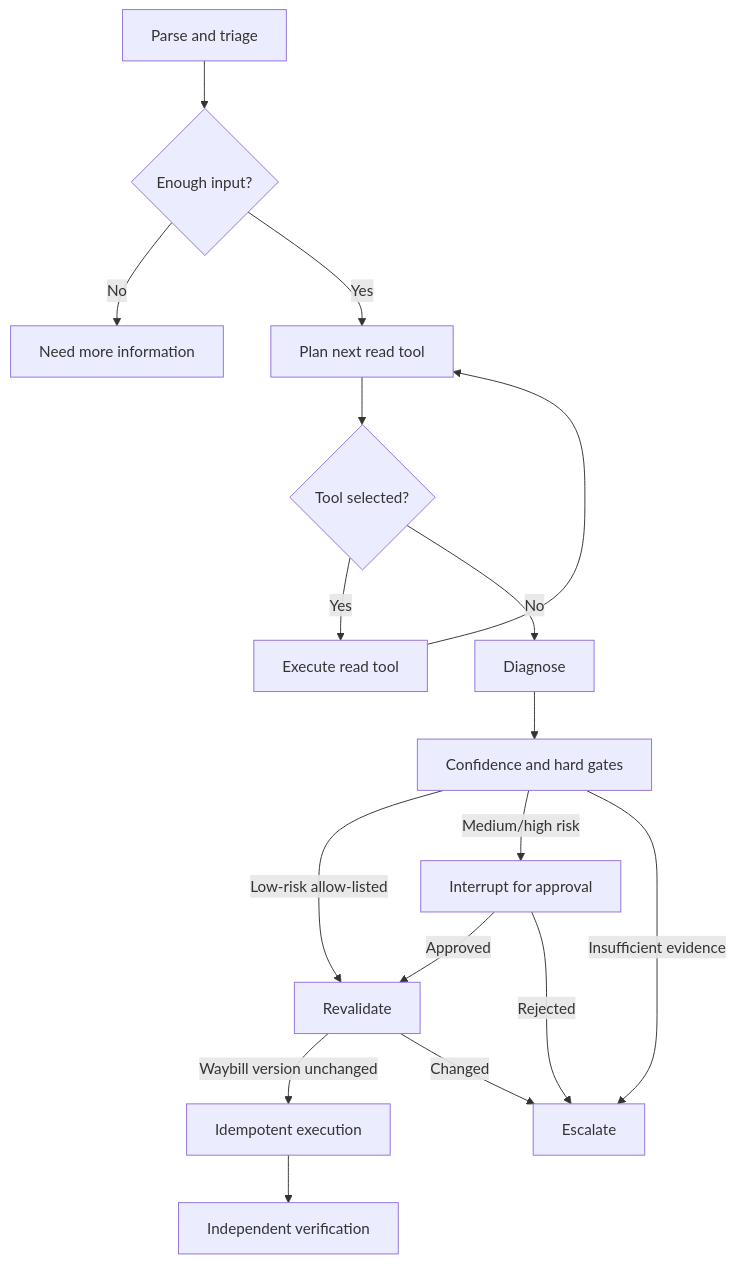
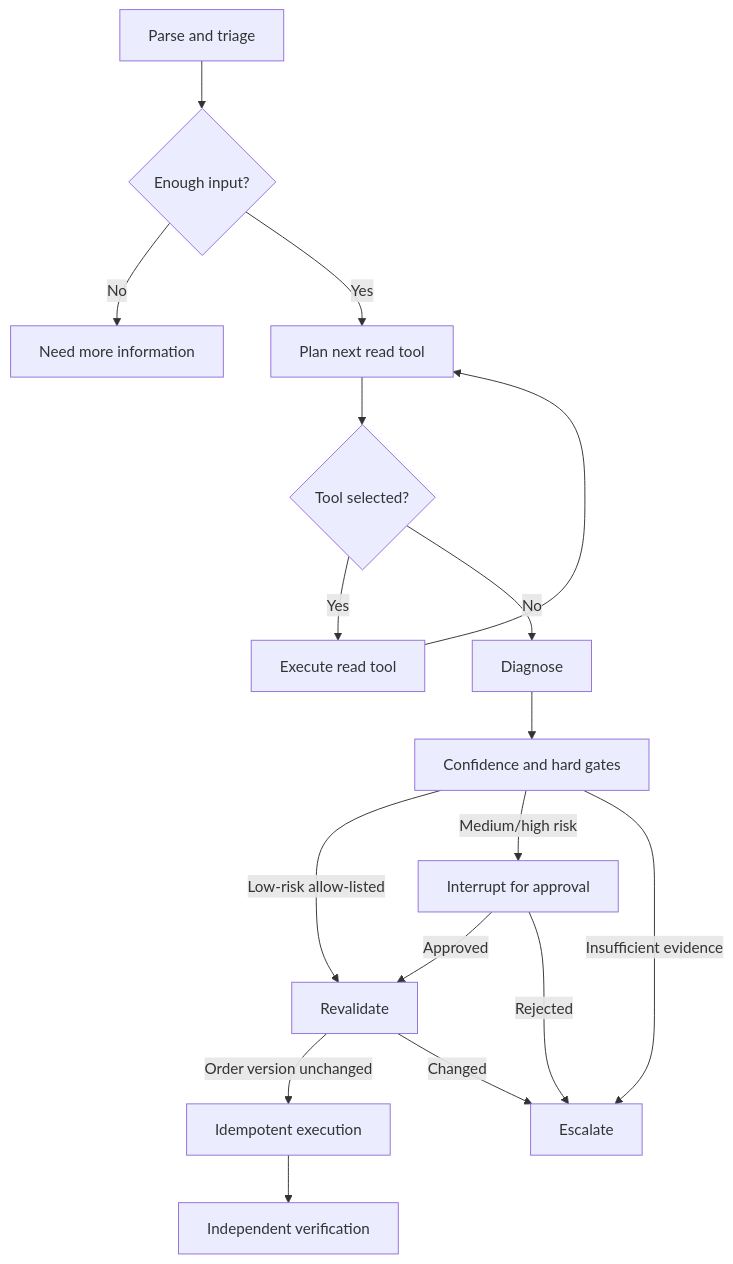
One commit to Jadenleezj/repair-agent changed the diagram in docs/ARCHITECTURE.md. Above: the diagram before and after it, drawn with Mermaid. The commit also changed other lines of this file and 82 other files, not shown here.

````diff
--- a/docs/ARCHITECTURE.md
+++ b/docs/ARCHITECTURE.md
@@ -22,19 +22,19 @@
 ```mermaid
 flowchart TD
     A[Parse and triage] --> B{Enough input?}
     B -- No --> C[Need more information]
     B -- Yes --> D[Plan next read tool]
     D --> E{Tool selected?}
     E -- Yes --> F[Execute read tool]
     F --> D
     E -- No --> G[Diagnose]
     G --> H[Confidence and hard gates]
     H -->|Low-risk allow-listed| I[Revalidate]
     H -->|Medium/high risk| J[Interrupt for approval]
     H -->|Insufficient evidence| K[Escalate]
     J -->|Approved| I
     J -->|Rejected| K
-    I -->|Waybill version unchanged| L[Idempotent execution]
+    I -->|Order version unchanged| L[Idempotent execution]
     I -->|Changed| K
     L --> M[Independent verification]
 ```
````
